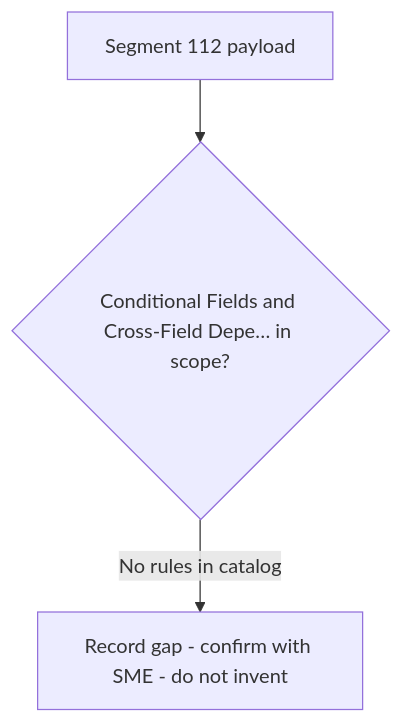
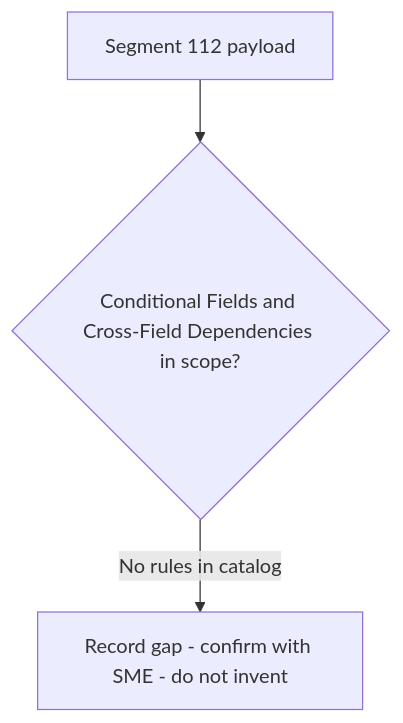
The diagram in regression-artifact-validator/specifications/ATL105/docs/specs/kb/segment-112/conditional-dependency-rules-flow.md (DhanSingh-hub/core-auth-ai-validation-framework), drawn with Mermaid before and after one commit. The commit also changed 150 other files, not shown here.

````diff
--- a/regression-artifact-validator/specifications/ATL105/docs/specs/kb/segment-112/conditional-dependency-rules-flow.md
+++ b/regression-artifact-validator/specifications/ATL105/docs/specs/kb/segment-112/conditional-dependency-rules-flow.md
@@ -3,5 +3,5 @@
 ```mermaid
 flowchart TD
-    A[Segment 112 payload] --> B{Conditional Fields and Cross-Field Depe… in scope?}
+    A[Segment 112 payload] --> B{Conditional Fields and Cross-Field Dependencies in scope?}
     B -->|No rules in catalog| G[Record gap - confirm with SME - do not invent]
 ```
````
